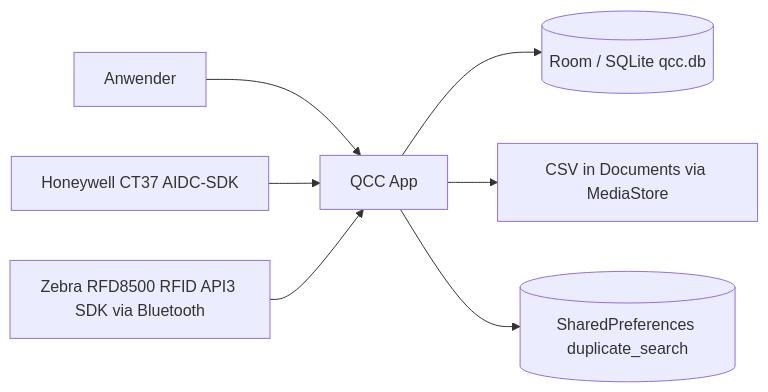
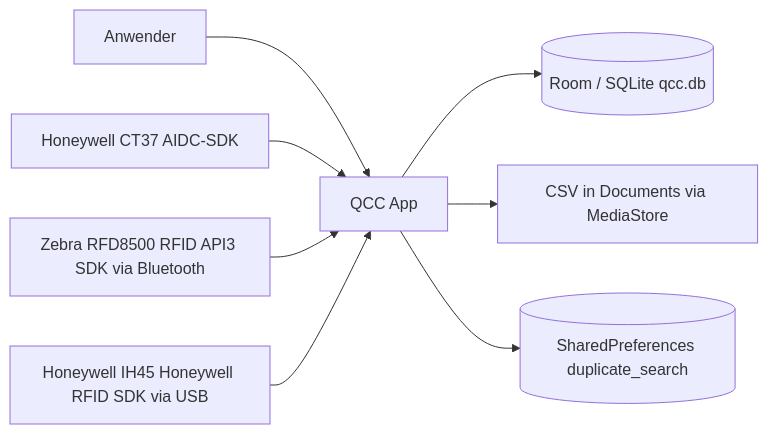
The first of 5 diagrams in docs/confluence/05-architektur.md (Kamilski86/QCC), drawn with Mermaid before and after one commit. The commit also changed other lines of this file and 38 other files, not shown here.

First line of the commit message:
feat(rfid): Honeywell IH45 as second RFID reader (USB), reader switching, trigger-confirmed finds

````diff
--- a/docs/confluence/05-architektur.md
+++ b/docs/confluence/05-architektur.md
@@ -23,9 +23,10 @@
 ```mermaid
 flowchart LR
     OP[Anwender] --> APP[QCC App]
     CT37[Honeywell CT37 AIDC-SDK] --> APP
     RFD[Zebra RFD8500 RFID API3 SDK via Bluetooth] --> APP
+    IH45[Honeywell IH45 Honeywell RFID SDK via USB] --> APP
     APP --> DB[(Room / SQLite qcc.db)]
     APP --> CSV[CSV in Documents via MediaStore]
     APP --> PREF[(SharedPreferences duplicate_search)]
 ```
````
